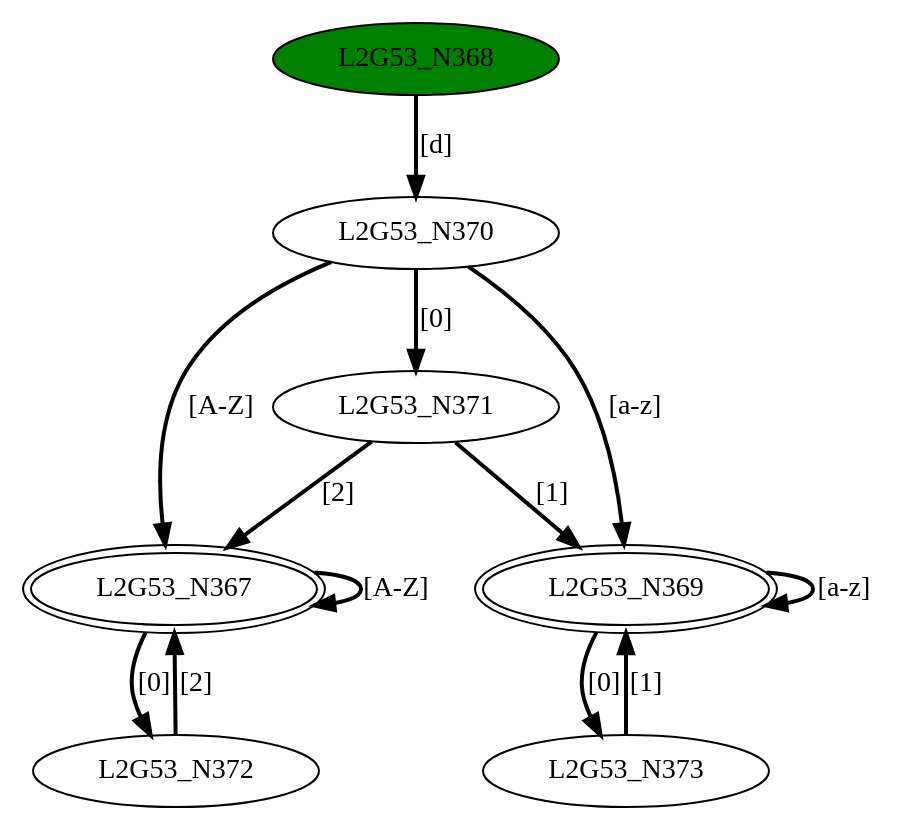
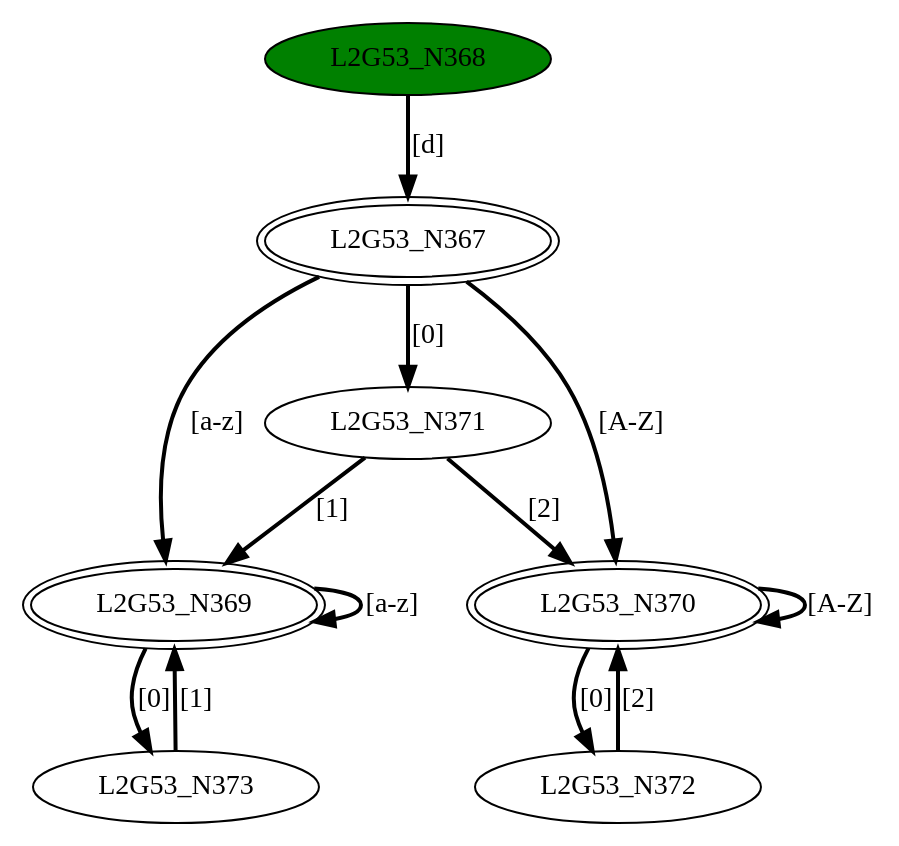
Before and after one commit to GDimitroulakos/EDUFLEX: the diagram in DFASimulator/Testbench/minimizedDFA2.dot, drawn with Graphviz. The commit also changed 20 other files, not shown here.

```diff
--- a/DFASimulator/Testbench/minimizedDFA2.dot
+++ b/DFASimulator/Testbench/minimizedDFA2.dot
@@ -1,21 +1,21 @@
 digraph G53{
 "L2G53_N367" [peripheries=2];
 "L2G53_N368" [style=filled,fillcolor=green];
 "L2G53_N369" [peripheries=2];
-"L2G53_N370";
+"L2G53_N370" [peripheries=2];
 "L2G53_N371";
 "L2G53_N372";
 "L2G53_N373";
-"L2G53_N367"->"L2G53_N367" [style = bold, label = "[A-Z]"];
-"L2G53_N367"->"L2G53_N372" [style = bold, label = "[0]"];
-"L2G53_N368"->"L2G53_N370" [style = bold, label = "[d]"];
+"L2G53_N367"->"L2G53_N369" [style = bold, label = "[a-z]"];
+"L2G53_N367"->"L2G53_N370" [style = bold, label = "[A-Z]"];
+"L2G53_N367"->"L2G53_N371" [style = bold, label = "[0]"];
+"L2G53_N368"->"L2G53_N367" [style = bold, label = "[d]"];
 "L2G53_N369"->"L2G53_N369" [style = bold, label = "[a-z]"];
 "L2G53_N369"->"L2G53_N373" [style = bold, label = "[0]"];
-"L2G53_N370"->"L2G53_N367" [style = bold, label = "[A-Z]"];
-"L2G53_N370"->"L2G53_N369" [style = bold, label = "[a-z]"];
-"L2G53_N370"->"L2G53_N371" [style = bold, label = "[0]"];
-"L2G53_N371"->"L2G53_N367" [style = bold, label = "[2]"];
+"L2G53_N370"->"L2G53_N370" [style = bold, label = "[A-Z]"];
+"L2G53_N370"->"L2G53_N372" [style = bold, label = "[0]"];
 "L2G53_N371"->"L2G53_N369" [style = bold, label = "[1]"];
-"L2G53_N372"->"L2G53_N367" [style = bold, label = "[2]"];
+"L2G53_N371"->"L2G53_N370" [style = bold, label = "[2]"];
+"L2G53_N372"->"L2G53_N370" [style = bold, label = "[2]"];
 "L2G53_N373"->"L2G53_N369" [style = bold, label = "[1]"];
 }
```
